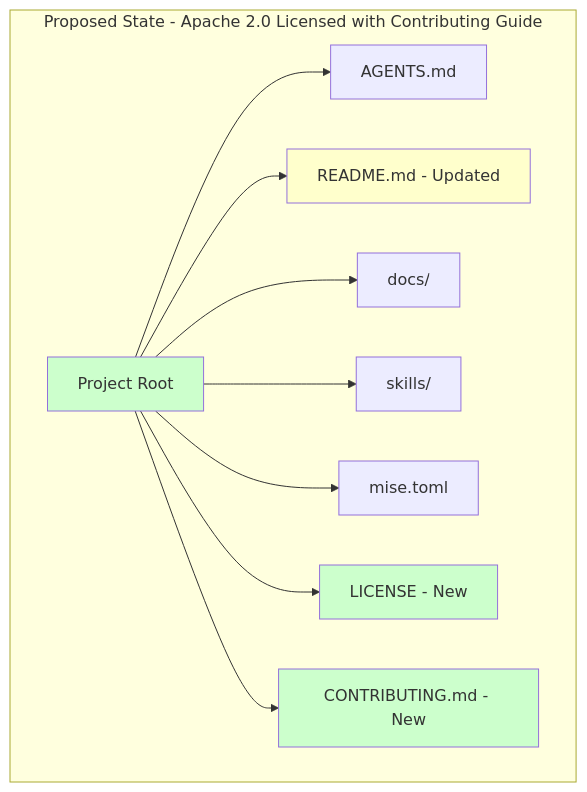
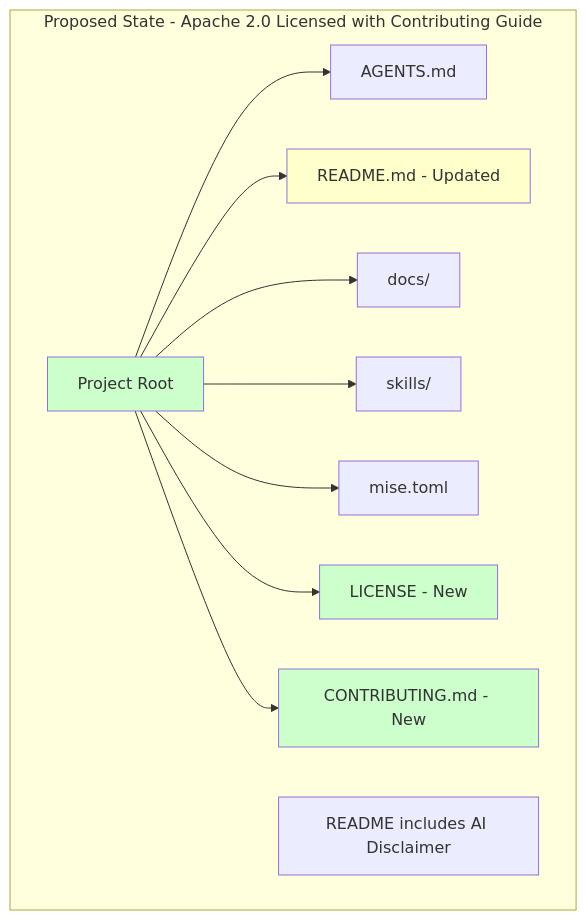
Before and after one commit to desek/governance: the second of 3 diagrams in docs/cr/CR-0003-add-apache-2-license.md, drawn with Mermaid. The commit also changed other lines of this file, not shown here.

First line of the commit message:
docs(cr): update CR-0003 to include AI Disclaimer

````diff
--- a/docs/cr/CR-0003-add-apache-2-license.md
+++ b/docs/cr/CR-0003-add-apache-2-license.md
@@ -92,16 +113,17 @@
 ```mermaid
 flowchart TD
     subgraph Proposed["Proposed State - Apache 2.0 Licensed with Contributing Guide"]
         A[Project Root] --> B[AGENTS.md]
         A --> C[README.md - Updated]
         A --> D[docs/]
         A --> E[skills/]
         A --> F[mise.toml]
         A --> G[LICENSE - New]
         A --> H[CONTRIBUTING.md - New]
         style A fill:#ccffcc
         style C fill:#ffffcc
         style G fill:#ccffcc
         style H fill:#ccffcc
+        note4[README includes AI Disclaimer]
     end
 ```
````
